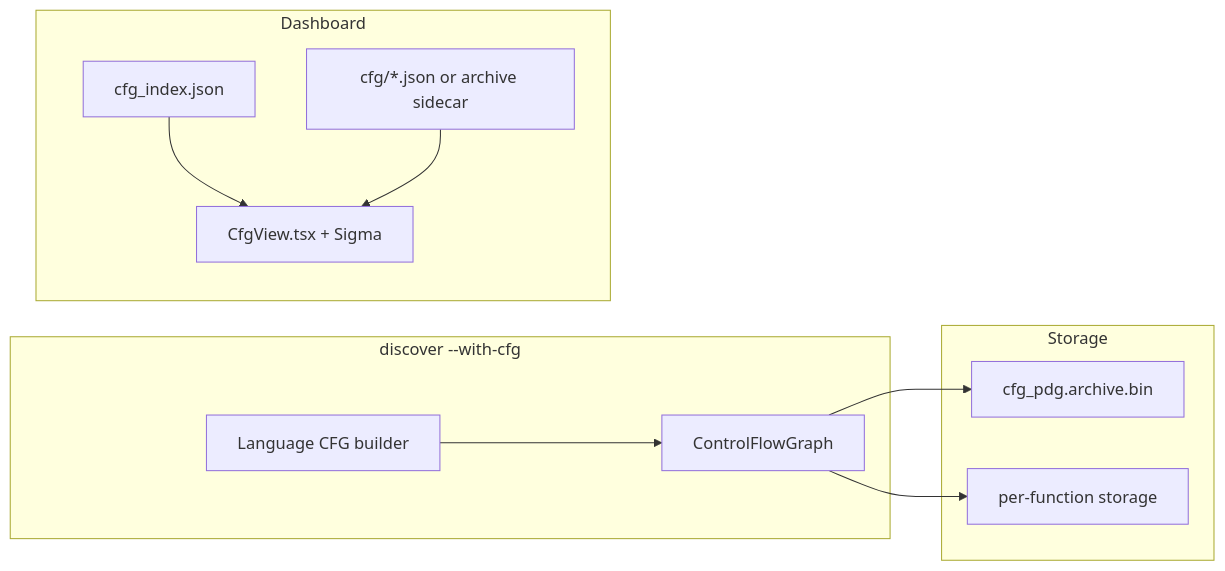
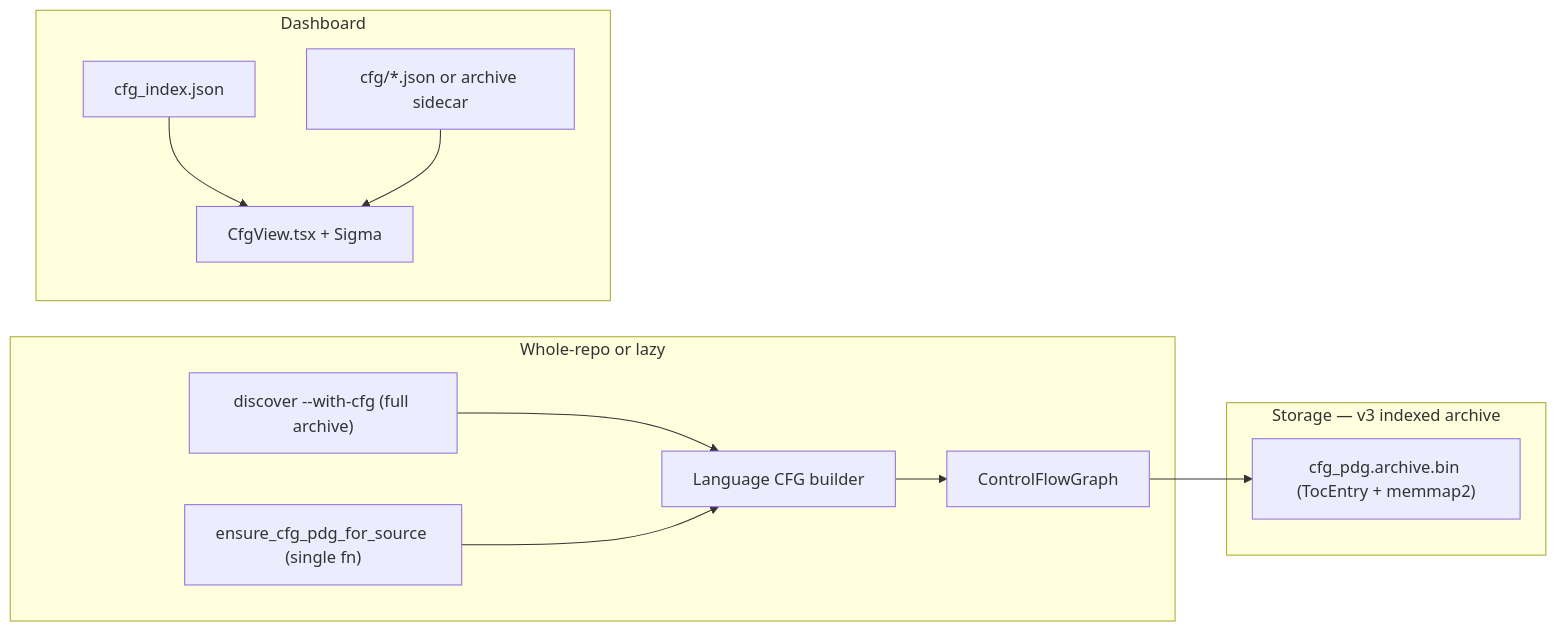
One commit to l3acon/rgctl changed the diagram in docs/design/cfg-design.md. Above: the diagram before and after it, drawn with Mermaid. The commit also changed other lines of this file and 79 other files, not shown here.

````diff
--- a/docs/design/cfg-design.md
+++ b/docs/design/cfg-design.md
@@ -24,23 +25,25 @@
 ```mermaid
 flowchart LR
-  subgraph build["discover --with-cfg"]
+  subgraph build["Whole-repo or lazy"]
+    DISC["discover --with-cfg (full archive)"]
+    LAZY["ensure_cfg_pdg_for_source (single fn)"]
     PARSE[Language CFG builder]
     CFG[ControlFlowGraph]
+    DISC --> PARSE
+    LAZY --> PARSE
     PARSE --> CFG
   end
 
-  subgraph store["Storage"]
-    ARC[cfg_pdg.archive.bin]
-    PER[per-function storage]
+  subgraph store["Storage — v3 indexed archive"]
+    ARC["cfg_pdg.archive.bin (TocEntry + memmap2)"]
     CFG --> ARC
-    CFG --> PER
   end
 
   subgraph export["Dashboard"]
     CI[cfg_index.json]
     CD[cfg/*.json or archive sidecar]
     CV[CfgView.tsx + Sigma]
     CI --> CV
     CD --> CV
   end
 ```
````
